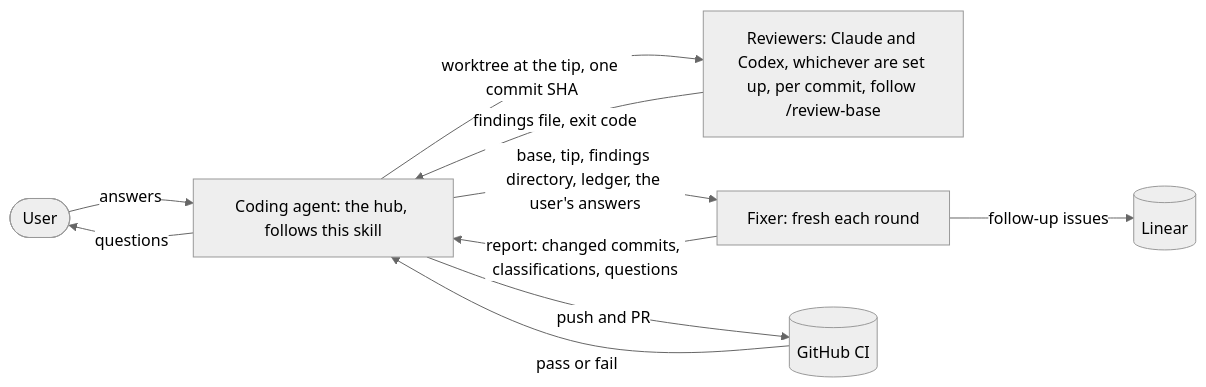
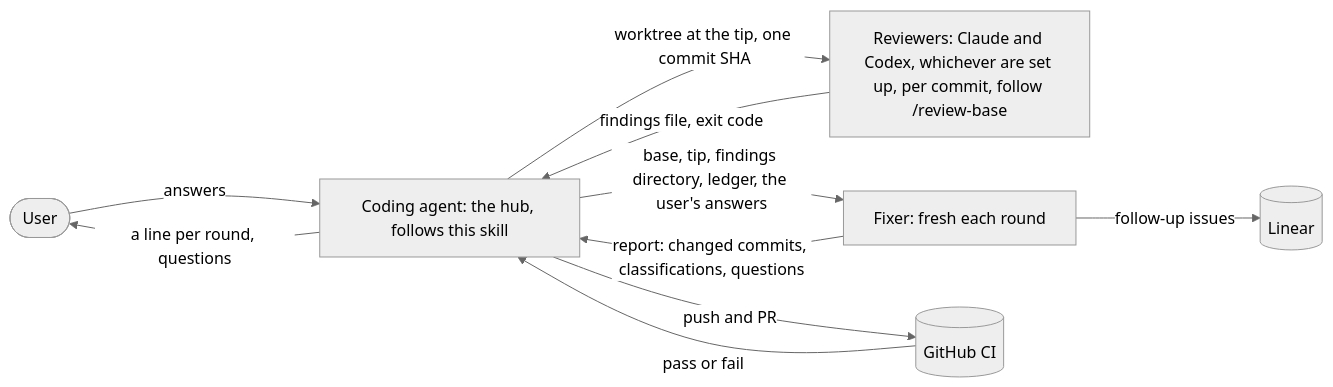
The second of 2 diagrams in agents/skills/review-loop/SKILL.md (worldalliance/alliance), drawn with Mermaid (neutral theme) before and after one commit. The commit also changed other lines of this file, not shown here.

Commit message:
Give a line as each review round starts
Users kept asking a running loop for progress, and the rule against
stopping between rounds read as saying nothing. The hub now gives a line
as each round starts, in the same reply as the round's first tool call so
its turn goes on, keeping the reason not to stop: a report that ends the
turn leaves the branch waiting.

````diff
--- a/agents/skills/review-loop/SKILL.md
+++ b/agents/skills/review-loop/SKILL.md
@@ -49,18 +49,18 @@
 ```mermaid
 flowchart LR
   user(["User"])
   hub["Coding agent: the hub, follows this skill"]
   reviewers["Reviewers: Claude and Codex, whichever are set up, per commit, follow /review-base"]
   fixer["Fixer: fresh each round"]
   linear[("Linear")]
   ci[("GitHub CI")]
-  hub -->|"questions"| user
+  hub -->|"a line per round, questions"| user
   user -->|"answers"| hub
   hub -->|"worktree at the tip, one commit SHA"| reviewers
   reviewers -->|"findings file, exit code"| hub
   hub -->|"base, tip, findings directory, ledger, the user's answers"| fixer
   fixer -->|"report: changed commits, classifications, questions"| hub
   fixer -->|"follow-up issues"| linear
   hub -->|"push and PR"| ci
   ci -->|"pass or fail"| hub
 ```
````
